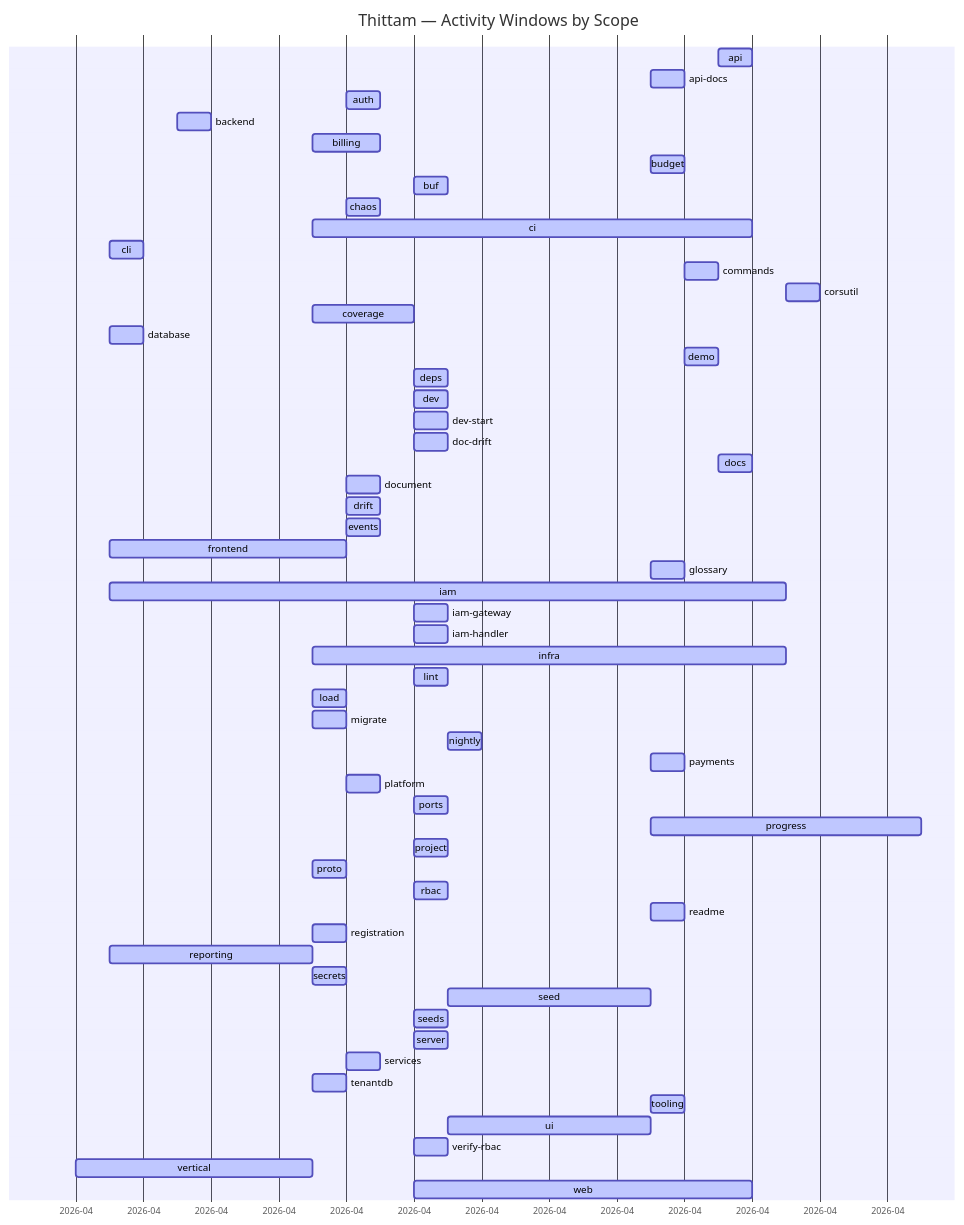
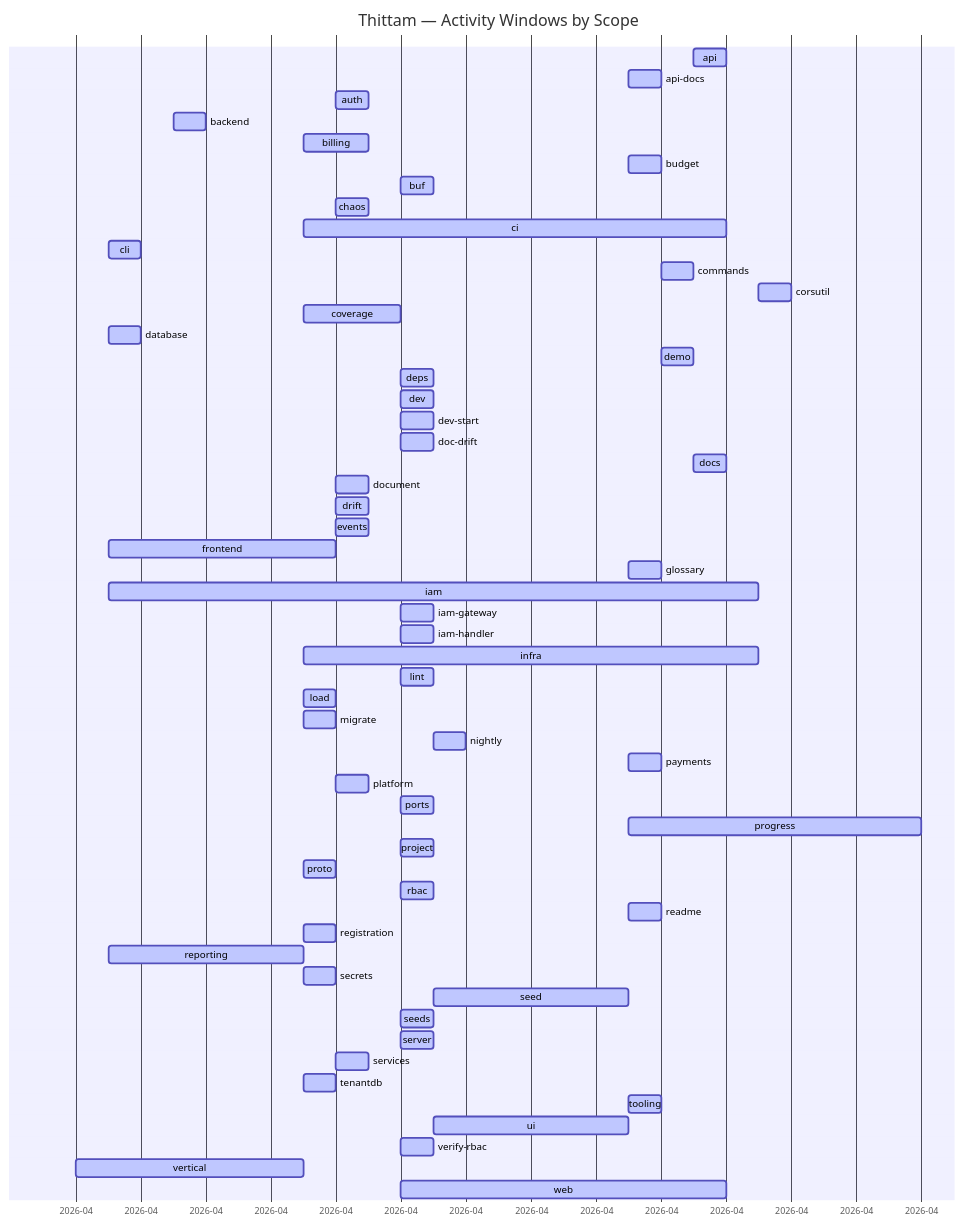
One commit to wegofwd2020-hub/thittam changed the diagram in docs/PROGRESS.md. Above: the diagram before and after it, drawn with Mermaid. The commit also changed other lines of this file and 1 other file, not shown here.

Commit message:
chore(progress): nightly update of docs/PROGRESS.md + CSVs

````diff
--- a/docs/PROGRESS.md
+++ b/docs/PROGRESS.md
@@ -9,60 +9,60 @@
 ```mermaid
 gantt
     title Thittam — Activity Windows by Scope
     dateFormat YYYY-MM-DD
     axisFormat %Y-%m
     api                :active, s_api, 2026-04-22, 2026-04-23
     api-docs           :active, s_api_docs, 2026-04-20, 2026-04-21
     auth               :active, s_auth, 2026-04-11, 2026-04-12
     backend            :active, s_backend, 2026-04-06, 2026-04-07
     billing            :active, s_billing, 2026-04-10, 2026-04-12
     budget             :active, s_budget, 2026-04-20, 2026-04-21
     buf                :active, s_buf, 2026-04-13, 2026-04-14
     chaos              :active, s_chaos, 2026-04-11, 2026-04-12
     ci                 :active, s_ci, 2026-04-10, 2026-04-23
     cli                :active, s_cli, 2026-04-04, 2026-04-05
     commands           :active, s_commands, 2026-04-21, 2026-04-22
     corsutil           :active, s_corsutil, 2026-04-24, 2026-04-25
     coverage           :active, s_coverage, 2026-04-10, 2026-04-13
     database           :active, s_database, 2026-04-04, 2026-04-05
     demo               :active, s_demo, 2026-04-21, 2026-04-22
     deps               :active, s_deps, 2026-04-13, 2026-04-14
     dev                :active, s_dev, 2026-04-13, 2026-04-14
     dev-start          :active, s_dev_start, 2026-04-13, 2026-04-14
     doc-drift          :active, s_doc_drift, 2026-04-13, 2026-04-14
     docs               :active, s_docs, 2026-04-22, 2026-04-23
     document           :active, s_document, 2026-04-11, 2026-04-12
     drift              :active, s_drift, 2026-04-11, 2026-04-12
     events             :active, s_events, 2026-04-11, 2026-04-12
     frontend           :active, s_frontend, 2026-04-04, 2026-04-11
     glossary           :active, s_glossary, 2026-04-20, 2026-04-21
     iam                :active, s_iam, 2026-04-04, 2026-04-24
     iam-gateway        :active, s_iam_gateway, 2026-04-13, 2026-04-14
     iam-handler        :active, s_iam_handler, 2026-04-13, 2026-04-14
     infra              :active, s_infra, 2026-04-10, 2026-04-24
     lint               :active, s_lint, 2026-04-13, 2026-04-14
     load               :active, s_load, 2026-04-10, 2026-04-11
     migrate            :active, s_migrate, 2026-04-10, 2026-04-11
     nightly            :active, s_nightly, 2026-04-14, 2026-04-15
     payments           :active, s_payments, 2026-04-20, 2026-04-21
     platform           :active, s_platform, 2026-04-11, 2026-04-12
     ports              :active, s_ports, 2026-04-13, 2026-04-14
-    progress           :active, s_progress, 2026-04-20, 2026-04-28
+    progress           :active, s_progress, 2026-04-20, 2026-04-29
     project            :active, s_project, 2026-04-13, 2026-04-14
     proto              :active, s_proto, 2026-04-10, 2026-04-11
     rbac               :active, s_rbac, 2026-04-13, 2026-04-14
     readme             :active, s_readme, 2026-04-20, 2026-04-21
     registration       :active, s_registration, 2026-04-10, 2026-04-11
     reporting          :active, s_reporting, 2026-04-04, 2026-04-10
     secrets            :active, s_secrets, 2026-04-10, 2026-04-11
     seed               :active, s_seed, 2026-04-14, 2026-04-20
     seeds              :active, s_seeds, 2026-04-13, 2026-04-14
     server             :active, s_server, 2026-04-13, 2026-04-14
     services           :active, s_services, 2026-04-11, 2026-04-12
     tenantdb           :active, s_tenantdb, 2026-04-10, 2026-04-11
     tooling            :active, s_tooling, 2026-04-20, 2026-04-21
     ui                 :active, s_ui, 2026-04-14, 2026-04-20
     verify-rbac        :active, s_verify_rbac, 2026-04-13, 2026-04-14
     vertical           :active, s_vertical, 2026-04-03, 2026-04-10
     web                :active, s_web, 2026-04-13, 2026-04-23
 ```
````
